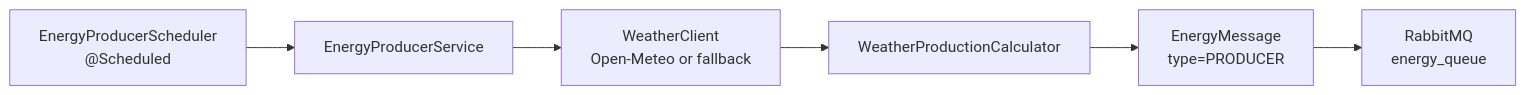
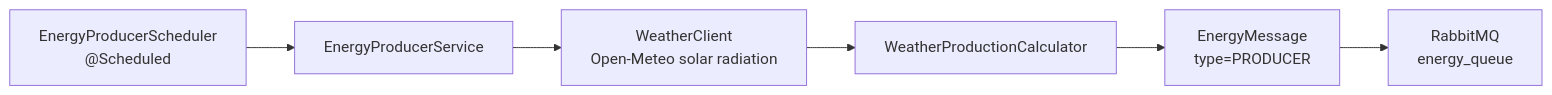
Before and after one commit to Dev02Liu/energy_community_project: the diagram in docs/modules-documentation/energy-producer.md, drawn with Mermaid. The commit also changed other lines of this file and 74 other files, not shown here.

````diff
--- a/docs/modules-documentation/energy-producer.md
+++ b/docs/modules-documentation/energy-producer.md
@@ -54,15 +47,15 @@
 ```mermaid
 flowchart LR
     Scheduler["EnergyProducerScheduler<br/>@Scheduled"]
     Service["EnergyProducerService"]
-    Weather["WeatherClient<br/>Open-Meteo or fallback"]
+    Weather["WeatherClient<br/>Open-Meteo solar radiation"]
     Calculator["WeatherProductionCalculator"]
     DTO["EnergyMessage<br/>type=PRODUCER"]
     Rabbit["RabbitMQ<br/>energy_queue"]
 
     Scheduler --> Service
     Service --> Weather
     Weather --> Calculator
     Calculator --> DTO
     DTO --> Rabbit
 ```
````
